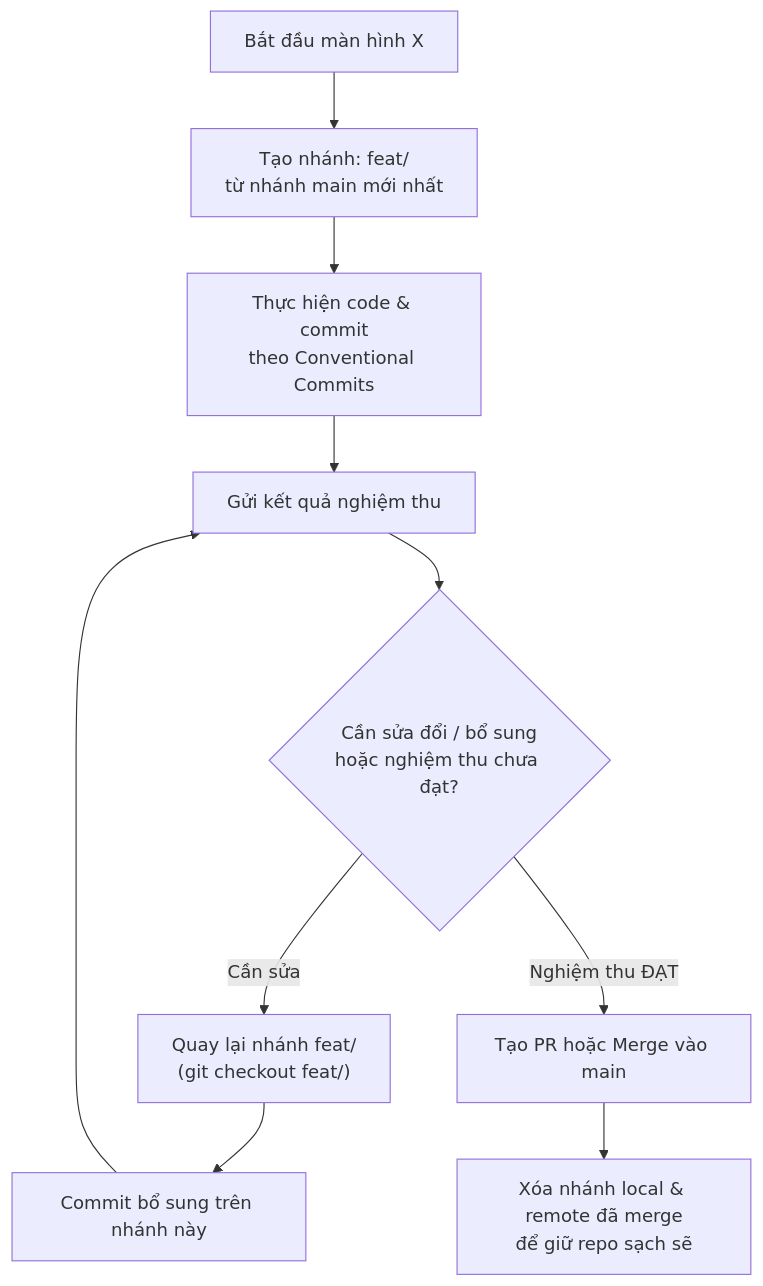
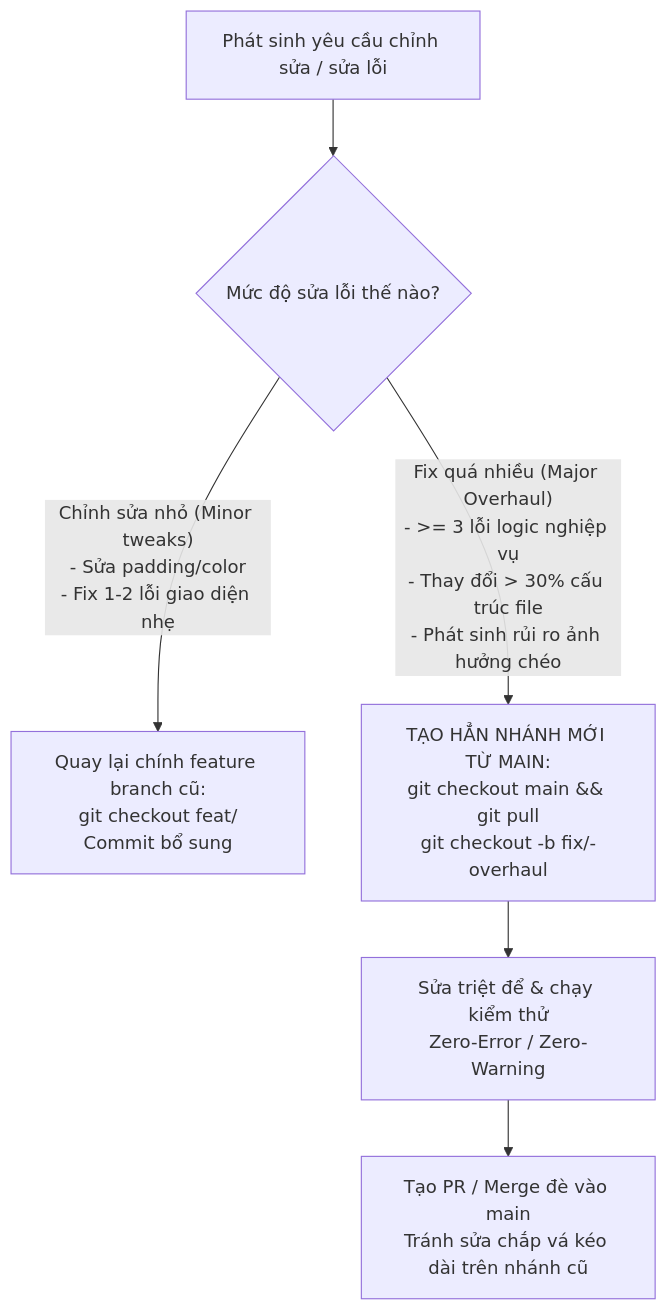
The diagram in .agents/skills/git-branch-workflow/SKILL.md (smart-parking-hub/smart-parking-app-v2), drawn with Mermaid before and after one commit. The commit also changed other lines of this file and 2 other files, not shown here.

First line of the commit message:
docs(governance): codify docs isolation and major fix overhaul threshold rules

````diff
--- a/.agents/skills/git-branch-workflow/SKILL.md
+++ b/.agents/skills/git-branch-workflow/SKILL.md
@@ -39,12 +36,8 @@
 ```mermaid
 flowchart TD
-    A["Bắt đầu màn hình X"] --> B["Tạo nhánh: feat/<screen-slug><br/>từ nhánh main mới nhất"]
-    B --> C["Thực hiện code & commit<br/>theo Conventional Commits"]
-    C --> D["Gửi kết quả nghiệm thu"]
-    D --> E{"Cần sửa đổi / bổ sung<br/>hoặc nghiệm thu chưa đạt?"}
-    E -- "Cần sửa" --> F["Quay lại nhánh feat/<screen-slug><br/>(git checkout feat/<screen-slug>)"]
-    F --> G["Commit bổ sung trên nhánh này"]
-    G --> D
-    E -- "Nghiệm thu ĐẠT" --> H["Tạo PR hoặc Merge vào main"]
-    H --> I["Xóa nhánh local & remote đã merge<br/>để giữ repo sạch sẽ"]
+    A["Phát sinh yêu cầu chỉnh sửa / sửa lỗi"] --> B{"Mức độ sửa lỗi thế nào?"}
+    B -- "Chỉnh sửa nhỏ (Minor tweaks)<br/>- Sửa padding/color<br/>- Fix 1-2 lỗi giao diện nhẹ" --> C["Quay lại chính feature branch cũ:<br/>git checkout feat/<screen-slug><br/>Commit bổ sung"]
+    B -- "Fix quá nhiều (Major Overhaul)<br/>- >= 3 lỗi logic nghiệp vụ<br/>- Thay đổi > 30% cấu trúc file<br/>- Phát sinh rủi ro ảnh hưởng chéo" --> D["TẠO HẲN NHÁNH MỚI TỪ MAIN:<br/>git checkout main && git pull<br/>git checkout -b fix/<screen-slug>-overhaul"]
+    D --> E["Sửa triệt để & chạy kiểm thử<br/>Zero-Error / Zero-Warning"]
+    E --> F["Tạo PR / Merge đè vào main<br/>Tránh sửa chắp vá kéo dài trên nhánh cũ"]
 ```
````
